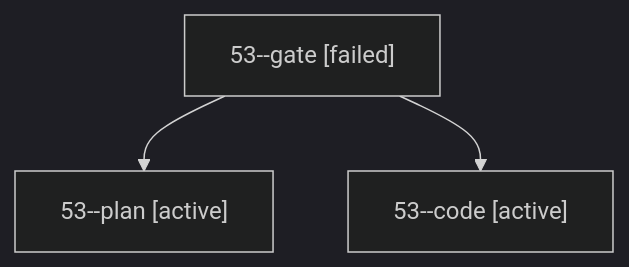
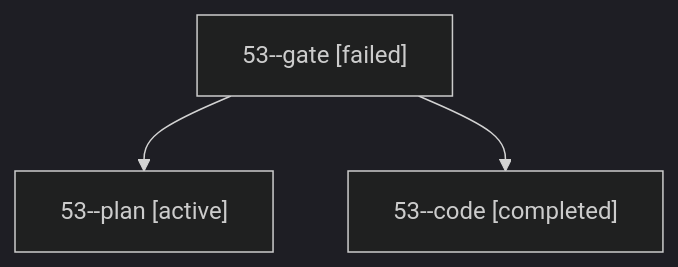
One commit to bobs-org/bob-cli--agents changed the diagram in sessions/bbugyi200.apollo.53.md. Above: the diagram before and after it, drawn with Mermaid (dark theme). The commit also changed other lines of this file and 5 other files, not shown here.

````diff
--- a/sessions/bbugyi200.apollo.53.md
+++ b/sessions/bbugyi200.apollo.53.md
@@ -9,8 +9,8 @@
 ```mermaid
 flowchart TD
   n0["53--gate [failed]"]
   n1["53--plan [active]"]
   n0 --> n1
-  n2["53--code [active]"]
+  n2["53--code [completed]"]
   n0 --> n2
 ```
````
